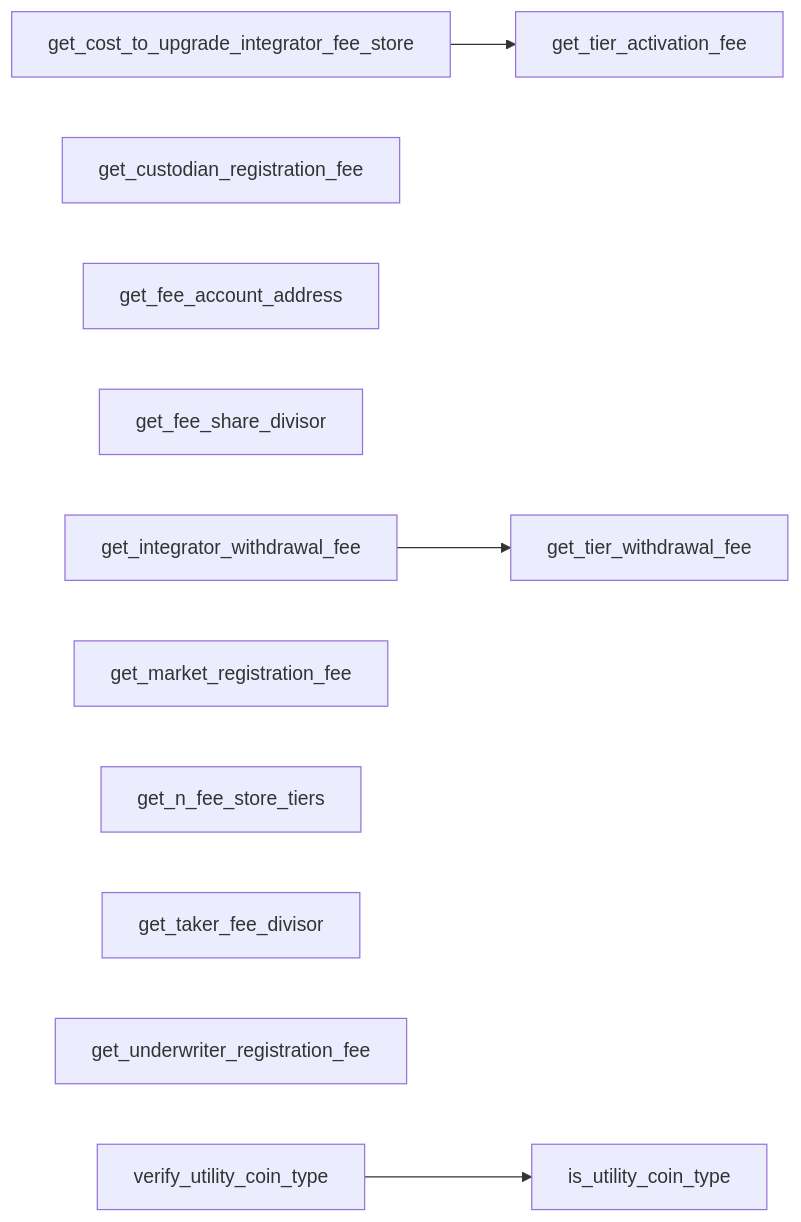
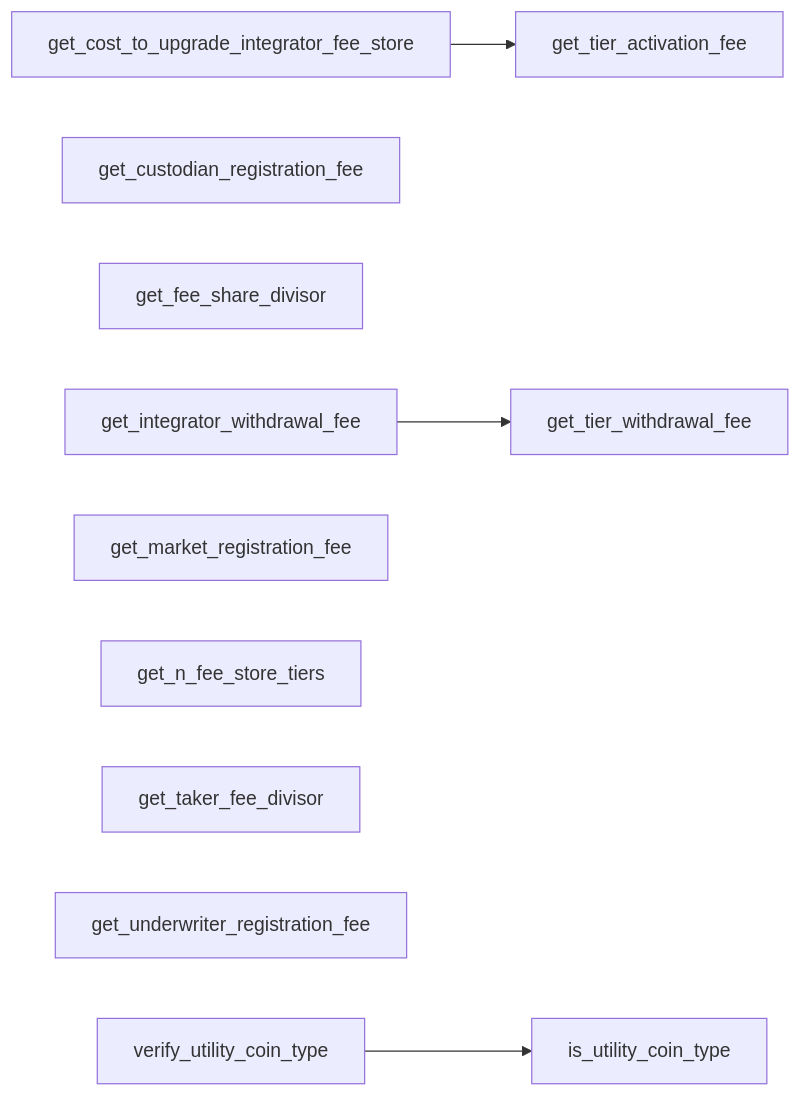
Before and after one commit to econia-labs/econia: the second of 7 diagrams in doc/diagrams/src/modules/incentives.md, drawn with Mermaid. The commit also changed other lines of this file and 4 other files, not shown here.

````diff
--- a/doc/diagrams/src/modules/incentives.md
+++ b/doc/diagrams/src/modules/incentives.md
@@ -30,16 +29,15 @@
 ```mermaid
 
 flowchart LR
 
 get_cost_to_upgrade_integrator_fee_store --> get_tier_activation_fee
 get_custodian_registration_fee
-get_fee_account_address
 get_fee_share_divisor
 get_integrator_withdrawal_fee --> get_tier_withdrawal_fee
 get_market_registration_fee
 get_n_fee_store_tiers
 get_taker_fee_divisor
 get_underwriter_registration_fee
 verify_utility_coin_type --> is_utility_coin_type
 
 ```
````
